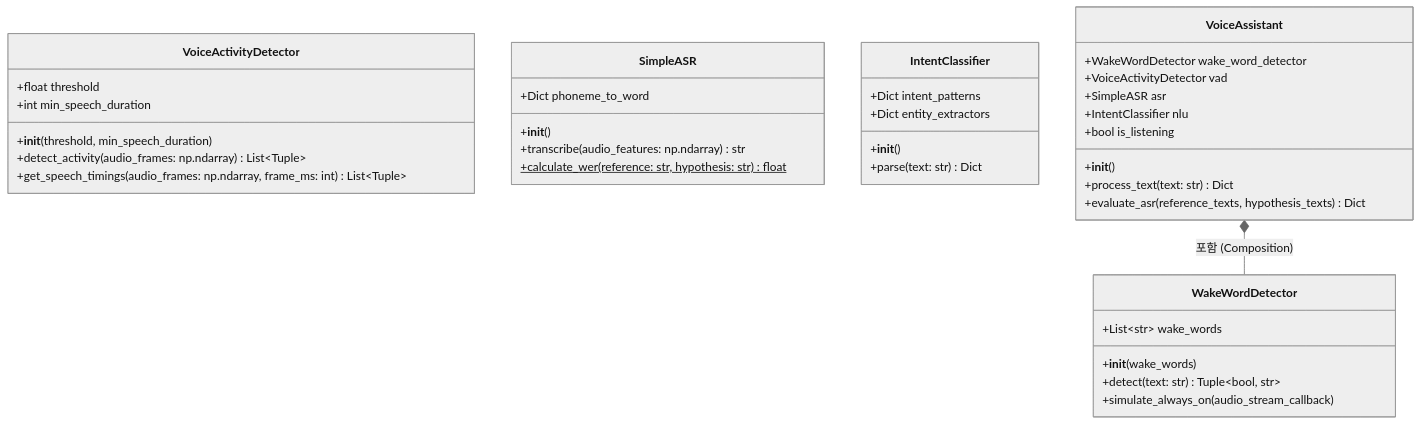
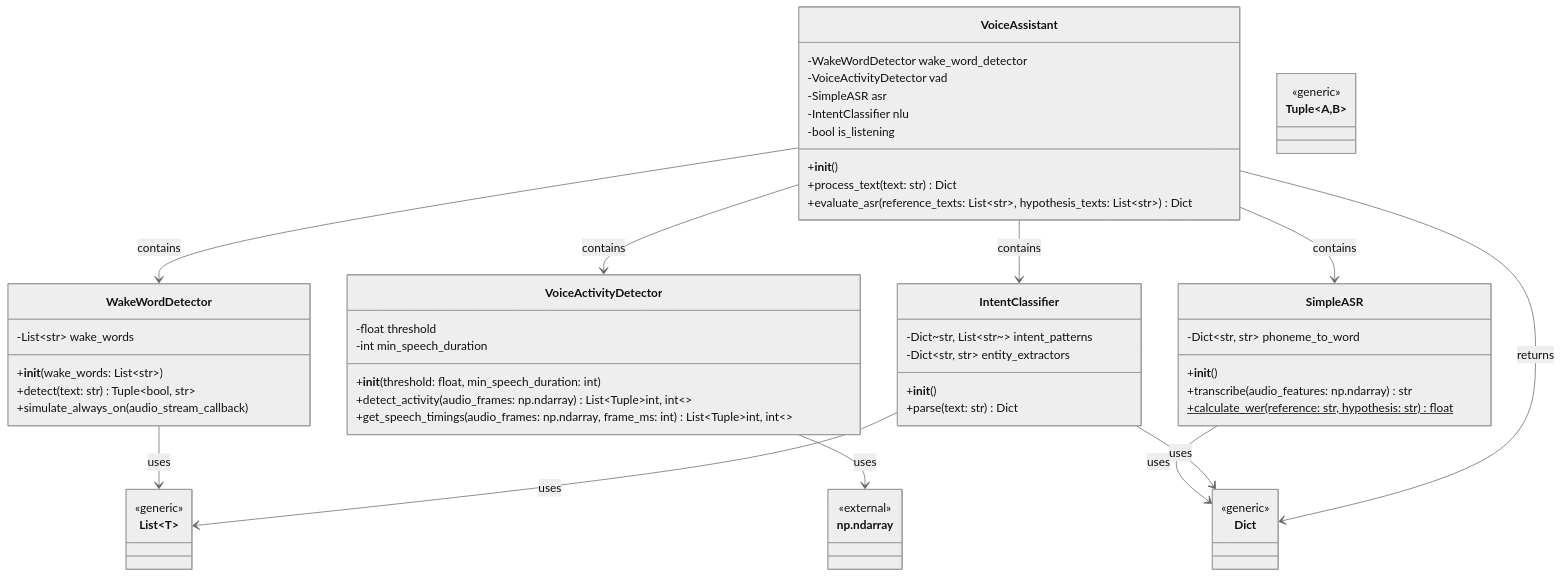
Before and after one commit to simpleego/AI_Perso: the diagram in Project/프로젝트 클래스 다이어그램 생성 방법.md, drawn with Mermaid (neutral theme). The commit also changed other lines of this file, not shown here.

Commit message:
Update 프로젝트 클래스 다이어그램 생성 방법.md

````diff
--- a/Project/프로젝트 클래스 다이어그램 생성 방법.md
+++ b/Project/프로젝트 클래스 다이어그램 생성 방법.md
@@ -1,45 +1,69 @@
 ```mermaid
 classDiagram
     class WakeWordDetector {
-        +List~str~ wake_words
-        +__init__(wake_words)
+        -List~str~ wake_words
+        +__init__(wake_words: List~str~)
         +detect(text: str) Tuple~bool, str~
         +simulate_always_on(audio_stream_callback)
     }
 
     class VoiceActivityDetector {
-        +float threshold
-        +int min_speech_duration
-        +__init__(threshold, min_speech_duration)
-        +detect_activity(audio_frames: np.ndarray) List~Tuple~
-        +get_speech_timings(audio_frames: np.ndarray, frame_ms: int) List~Tuple~
+        -float threshold
+        -int min_speech_duration
+        +__init__(threshold: float, min_speech_duration: int)
+        +detect_activity(audio_frames: np.ndarray) List~Tuple~int, int~~
+        +get_speech_timings(audio_frames: np.ndarray, frame_ms: int) List~Tuple~int, int~~
     }
 
     class SimpleASR {
-        +Dict phoneme_to_word
+        -Dict~str, str~ phoneme_to_word
         +__init__()
         +transcribe(audio_features: np.ndarray) str
         +calculate_wer(reference: str, hypothesis: str) float$
     }
 
     class IntentClassifier {
-        +Dict intent_patterns
-        +Dict entity_extractors
+        -Dict~str, List~str~~ intent_patterns
+        -Dict~str, str~ entity_extractors
         +__init__()
         +parse(text: str) Dict
     }
 
     class VoiceAssistant {
-        +WakeWordDetector wake_word_detector
-        +VoiceActivityDetector vad
-        +SimpleASR asr
-        +IntentClassifier nlu
-        +bool is_listening
+        -WakeWordDetector wake_word_detector
+        -VoiceActivityDetector vad
+        -SimpleASR asr
+        -IntentClassifier nlu
+        -bool is_listening
         +__init__()
         +process_text(text: str) Dict
-        +evaluate_asr(reference_texts, hypothesis_texts) Dict
+        +evaluate_asr(reference_texts: List~str~, hypothesis_texts: List~str~) Dict
     }
 
-    %% Relationships
-    VoiceAssistant *-- WakeWordDetector : 포함 (Composition)
+    class Dict {
+        <<generic>>
+    }
+
+    class List~T~ {
+        <<generic>>
+    }
+
+    class Tuple~A,B~ {
+        <<generic>>
+    }
+
+    class np.ndarray {
+        <<external>>
+    }
+
+    WakeWordDetector --> List : uses
+    VoiceActivityDetector --> np.ndarray : uses
+    SimpleASR --> Dict : uses
+    IntentClassifier --> Dict : uses
+    IntentClassifier --> List : uses
+    VoiceAssistant --> WakeWordDetector : contains
+    VoiceAssistant --> VoiceActivityDetector : contains
+    VoiceAssistant --> SimpleASR : contains
+    VoiceAssistant --> IntentClassifier : contains
+    VoiceAssistant --> Dict : returns
 ```
````
